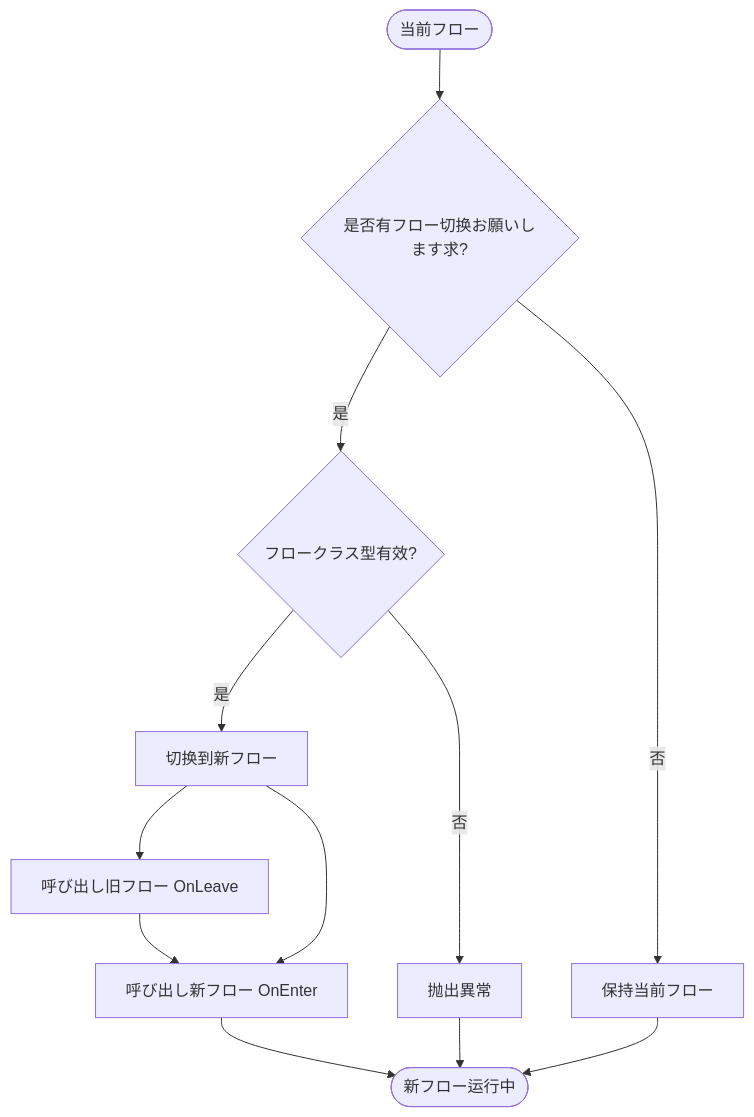
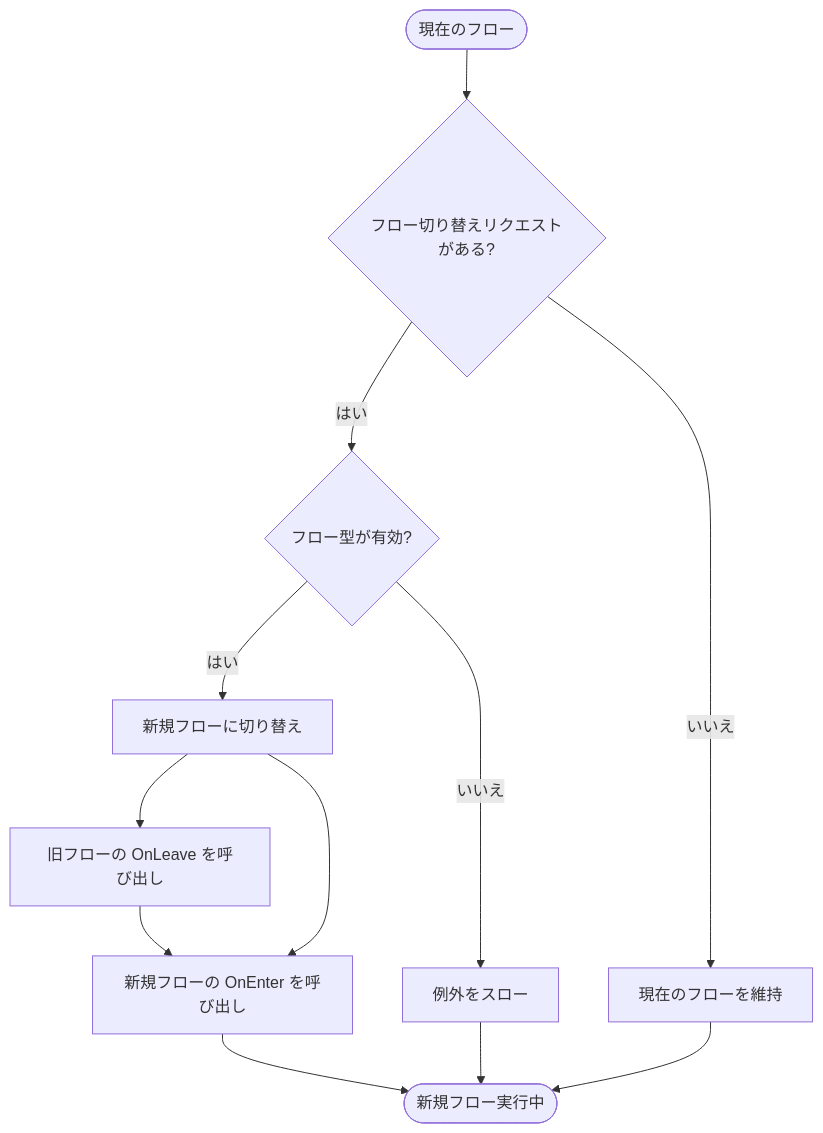
Before and after one commit to AlianBlank/GameFrameX.Docs: the third of 3 diagrams in docs/ja/client/unity/component/procedure/05.iprocedure-manager.md, drawn with Mermaid. The commit also changed other lines of this file and 320 other files, not shown here.

````diff
--- a/docs/ja/client/unity/component/procedure/05.iprocedure-manager.md
+++ b/docs/ja/client/unity/component/procedure/05.iprocedure-manager.md
@@ -88,14 +88,14 @@
 ```mermaid
 flowchart TD
-    Start([当前フロー]) --> Check{是否有フロー切换お願いします求?}
-    Check -->|是| Validate{フロークラス型有效?}
-    Check -->|否| Keep[保持当前フロー]
-    Validate -->|是| Switch[切换到新フロー]
-    Validate -->|否| Error[抛出異常]
-    Switch --> Leave[呼び出し旧フロー OnLeave]
-    Switch --> Enter[呼び出し新フロー OnEnter]
+    Start([現在のフロー]) --> Check{フロー切り替えリクエストがある?}
+    Check -->|はい| Validate{フロー型が有効?}
+    Check -->|いいえ| Keep[現在のフローを維持]
+    Validate -->|はい| Switch[新規フローに切り替え]
+    Validate -->|いいえ| Error[例外をスロー]
+    Switch --> Leave[旧フローの OnLeave を呼び出し]
+    Switch --> Enter[新規フローの OnEnter を呼び出し]
     Leave --> Enter
-    Enter --> End([新フロー运行中])
+    Enter --> End([新規フロー実行中])
     Keep --> End
     Error --> End
 ```
````
